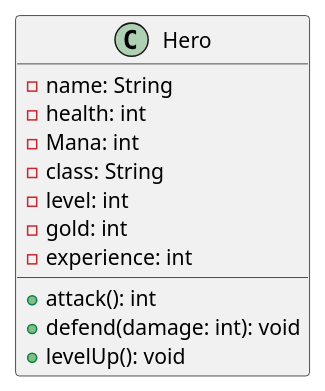
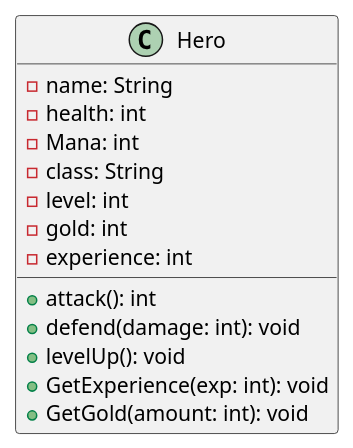
Before and after one commit to JosefG50/2203-Legends-of-Sword-and-Wand: the diagram in PlantUML/sequence.plantuml, drawn with PlantUML.

Commit message:
docs(uml): adding getters and setters for methods

```diff
--- a/PlantUML/sequence.plantuml
+++ b/PlantUML/sequence.plantuml
@@ -1,27 +1,29 @@
 @startuml
 class Hero {
     - name: String
     - health: int
     - Mana: int
     - class: String
     - level: int
+    - gold: int
+    - experience: int
     + attack(): int
     + defend(damage: int): void
     + levelUp(): void
-    - gold: int
-    - experience: int
+    + GetExperience(exp: int): void
+    + GetGold(amount: int): void
 }
 
 'Order' <|-- Hero : +5 Mana
 'Order' <|-- Hero : +2 Defense
 'Order' <|-- Hero : Heals/Shields
 'Chaos' <|-- Hero : +3 Attack
 'Chaos' <|-- Hero : +5 HP
 'Chaos' <|-- Hero : Fireball/Lightning
 'Warrior' <|-- Hero : +2 Attack
 'Warrior' <|-- Hero : +3 Defense
 'Warrior' <|-- Hero : Cleave/PHYSICAL
 'Mage' <|-- Hero : +5 Mana
 'Mage' <|-- Hero : +1 Attack
 'Mage' <|-- Hero : Mana Replenish
 @enduml
```
